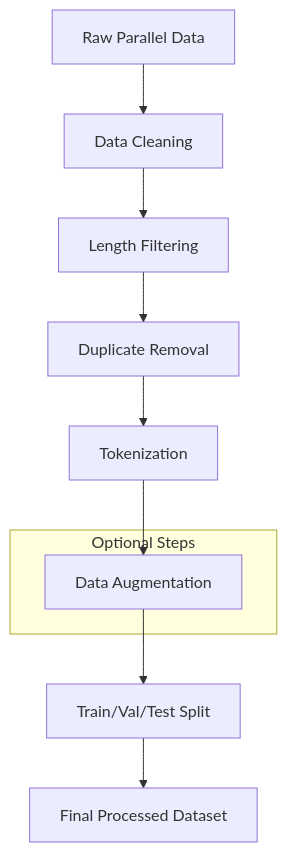
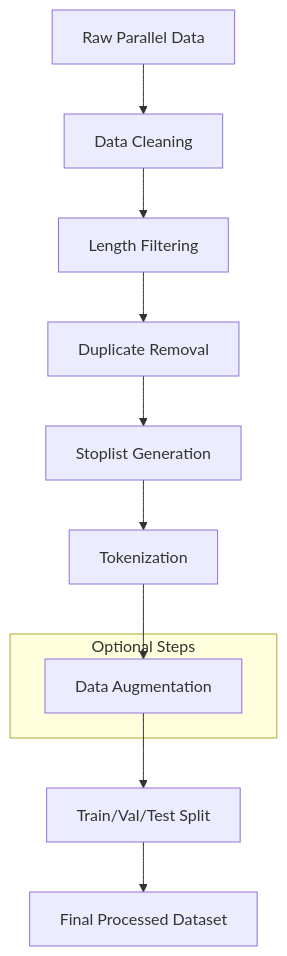
Before and after one commit to Fo-Nu-NLP-TG/FoNu_NLP_TG: the first of 11 diagrams in data_processing/preprocessing_diagrams.md, drawn with Mermaid. The commit also changed other lines of this file and 14 other files, not shown here.

````diff
--- a/data_processing/preprocessing_diagrams.md
+++ b/data_processing/preprocessing_diagrams.md
@@ -14,14 +15,15 @@
 ```mermaid
 flowchart TD
     A[Raw Parallel Data] --> B[Data Cleaning]
     B --> C[Length Filtering]
     C --> D[Duplicate Removal]
-    D --> E[Tokenization]
-    E --> F[Data Augmentation]
+    D --> E1[Stoplist Generation]
+    E1 --> E2[Tokenization]
+    E2 --> F[Data Augmentation]
     F --> G[Train/Val/Test Split]
     G --> H[Final Processed Dataset]
     
     subgraph "Optional Steps"
         F
     end
 ```
````
